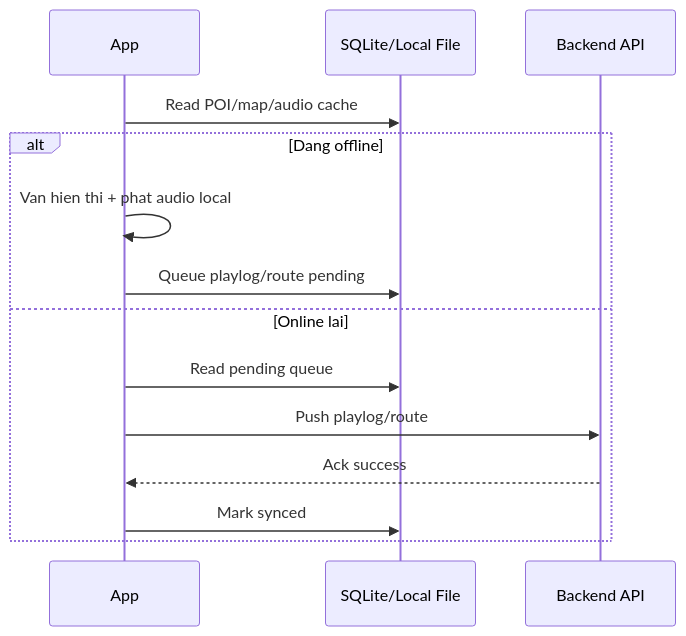
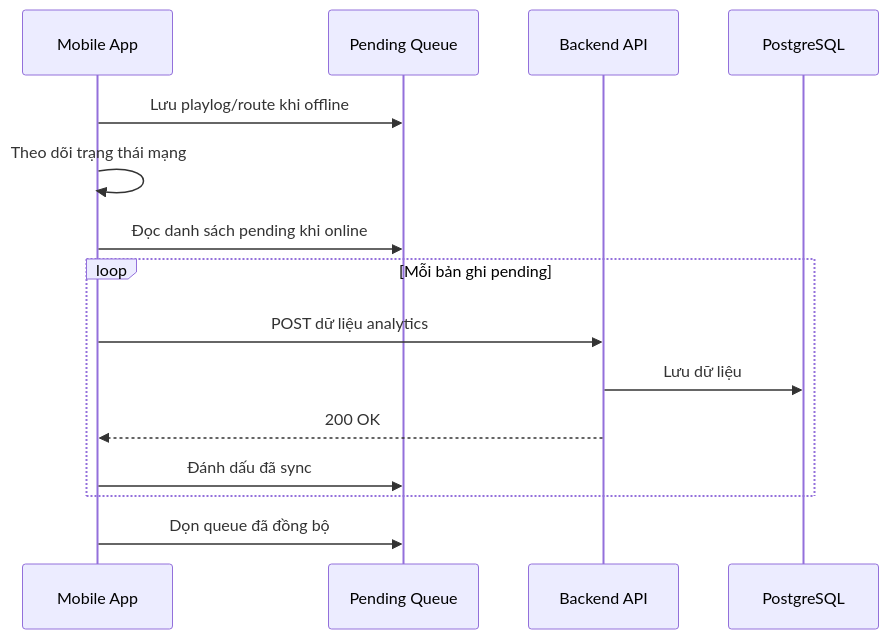
Before and after one commit to EricHoang28092k5/SmartTour: the seventh of 13 diagrams in PRD_SmartTour.md, drawn with Mermaid. The commit also changed other lines of this file, not shown here.

````diff
--- a/PRD_SmartTour.md
+++ b/PRD_SmartTour.md
@@ -255,17 +519,18 @@
 ```mermaid
 sequenceDiagram
-    participant APP as App
-    participant CACHE as SQLite/Local File
+    participant APP as Mobile App
+    participant Q as Pending Queue
     participant API as Backend API
+    participant DB as PostgreSQL
 
-    APP->>CACHE: Read POI/map/audio cache
-    alt Dang offline
-        APP->>APP: Van hien thi + phat audio local
-        APP->>CACHE: Queue playlog/route pending
-    else Online lai
-        APP->>CACHE: Read pending queue
-        APP->>API: Push playlog/route
-        API-->>APP: Ack success
-        APP->>CACHE: Mark synced
+    APP->>Q: Lưu playlog/route khi offline
+    APP->>APP: Theo dõi trạng thái mạng
+    APP->>Q: Đọc danh sách pending khi online
+    loop Mỗi bản ghi pending
+        APP->>API: POST dữ liệu analytics
+        API->>DB: Lưu dữ liệu
+        API-->>APP: 200 OK
+        APP->>Q: Đánh dấu đã sync
     end
+    APP->>Q: Dọn queue đã đồng bộ
 ```
````
